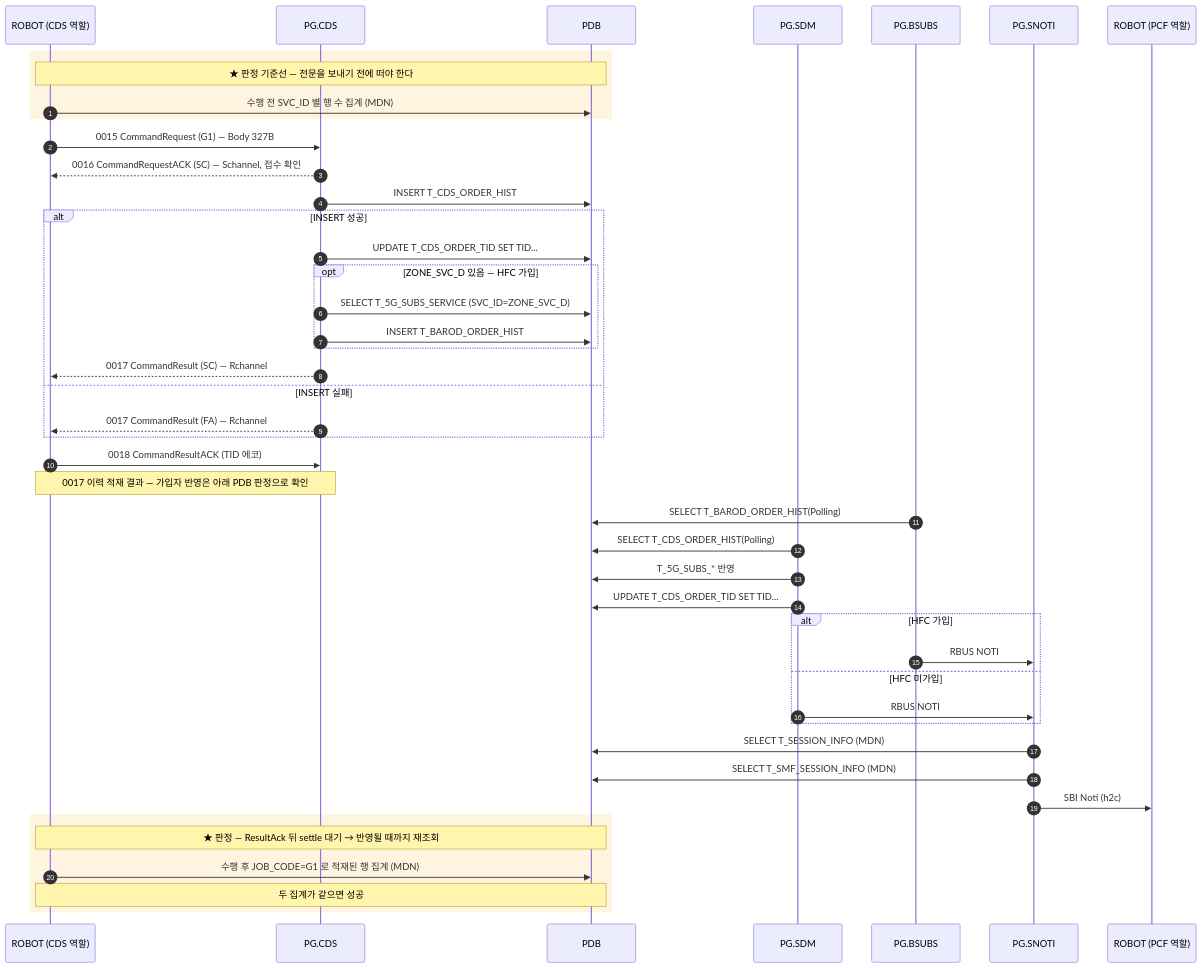
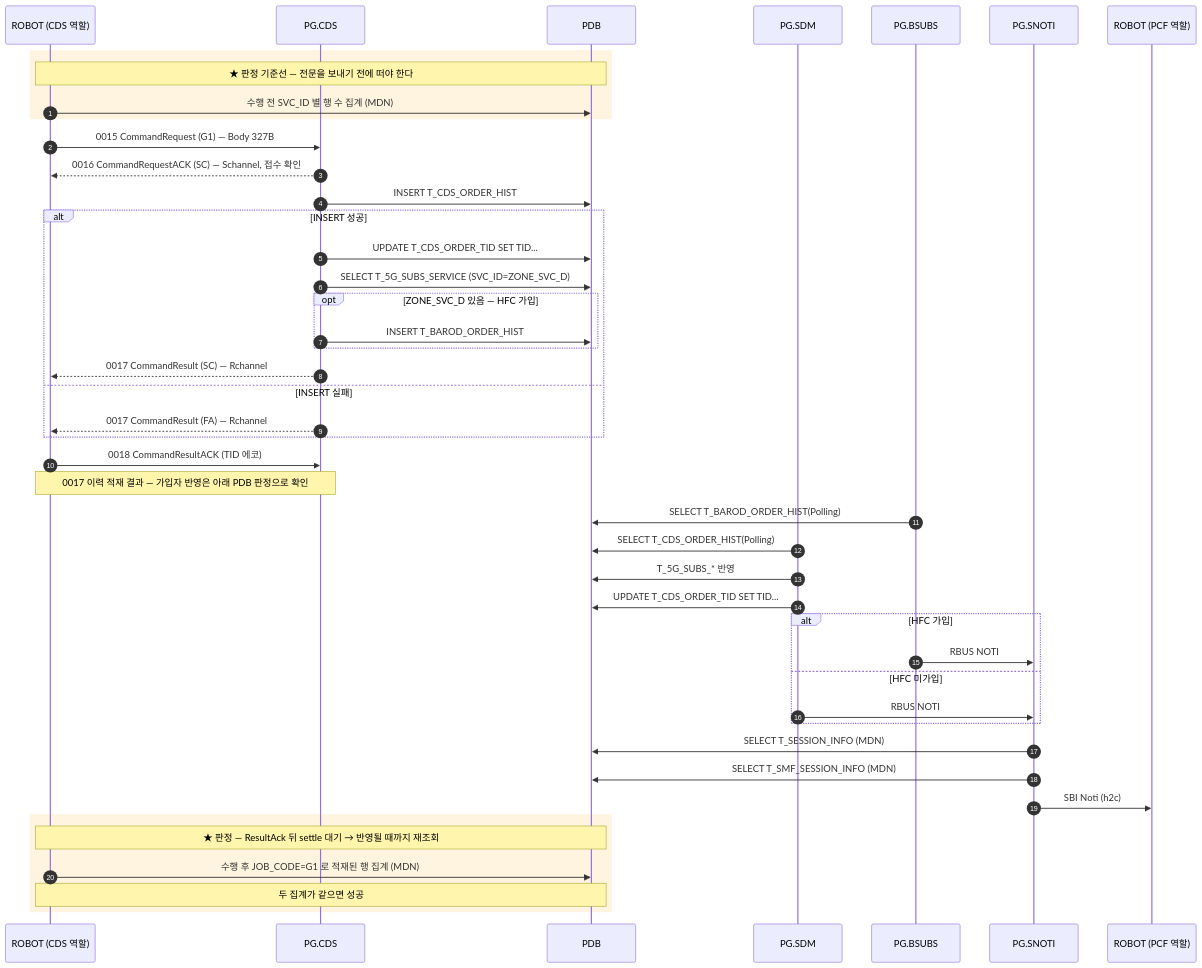
The diagram in docs/callflow/CDS_G1.md (IanKim2030/tc4robot), drawn with Mermaid before and after one commit. The commit also changed 4 other files, not shown here.

First line of the commit message:
docs: ZONE_SVC_D 조회를 opt 밖으로 (C1/G1/D3)

````diff
--- a/docs/callflow/CDS_G1.md
+++ b/docs/callflow/CDS_G1.md
@@ -17,49 +17,49 @@
 ```mermaid
 sequenceDiagram
     autonumber
     participant TOOL as ROBOT (CDS 역할)
     participant PCDS as PG.CDS
     participant PDB as PDB
     participant SDM as PG.SDM
     participant BSUBS as PG.BSUBS
     participant SNOTI as PG.SNOTI
     participant PCF as ROBOT (PCF 역할)
 
     rect rgba(255, 176, 32, 0.14)
     Note over TOOL,PDB: ★ 판정 기준선 — 전문을 보내기 전에 떠야 한다
         TOOL->>PDB: 수행 전 SVC_ID 별 행 수 집계 (MDN)
     end
     TOOL->>PCDS: 0015 CommandRequest (G1) — Body 327B
     PCDS-->>TOOL: 0016 CommandRequestACK (SC) — Schannel, 접수 확인
     PCDS->>PDB: INSERT T_CDS_ORDER_HIST
     alt INSERT 성공
         PCDS->>PDB: UPDATE T_CDS_ORDER_TID SET TID...
+        PCDS->>PDB: SELECT T_5G_SUBS_SERVICE (SVC_ID=ZONE_SVC_D)
         opt ZONE_SVC_D 있음 — HFC 가입
-            PCDS->>PDB: SELECT T_5G_SUBS_SERVICE (SVC_ID=ZONE_SVC_D)
             PCDS->>PDB: INSERT T_BAROD_ORDER_HIST
         end
         PCDS-->>TOOL: 0017 CommandResult (SC) — Rchannel
     else INSERT 실패
         PCDS-->>TOOL: 0017 CommandResult (FA) — Rchannel
     end
     TOOL->>PCDS: 0018 CommandResultACK (TID 에코)
     Note over TOOL,PCDS: 0017 이력 적재 결과 — 가입자 반영은 아래 PDB 판정으로 확인
 
     BSUBS->>PDB: SELECT T_BAROD_ORDER_HIST(Polling)
     SDM->>PDB: SELECT T_CDS_ORDER_HIST(Polling)
     SDM->>PDB: T_5G_SUBS_* 반영
     SDM->>PDB: UPDATE T_CDS_ORDER_TID SET TID...
     alt HFC 가입
         BSUBS->>SNOTI: RBUS NOTI
     else HFC 미가입
         SDM->>SNOTI: RBUS NOTI
     end
     SNOTI->>PDB: SELECT T_SESSION_INFO (MDN)
     SNOTI->>PDB: SELECT T_SMF_SESSION_INFO (MDN)
     SNOTI->>PCF: SBI Noti (h2c)
     rect rgba(255, 176, 32, 0.14)
     Note over TOOL,PDB: ★ 판정 — ResultAck 뒤 settle 대기 → 반영될 때까지 재조회
         TOOL->>PDB: 수행 후 JOB_CODE=G1 로 적재된 행 집계 (MDN)
         Note over TOOL,PDB: 두 집계가 같으면 성공
     end
 ```
````
